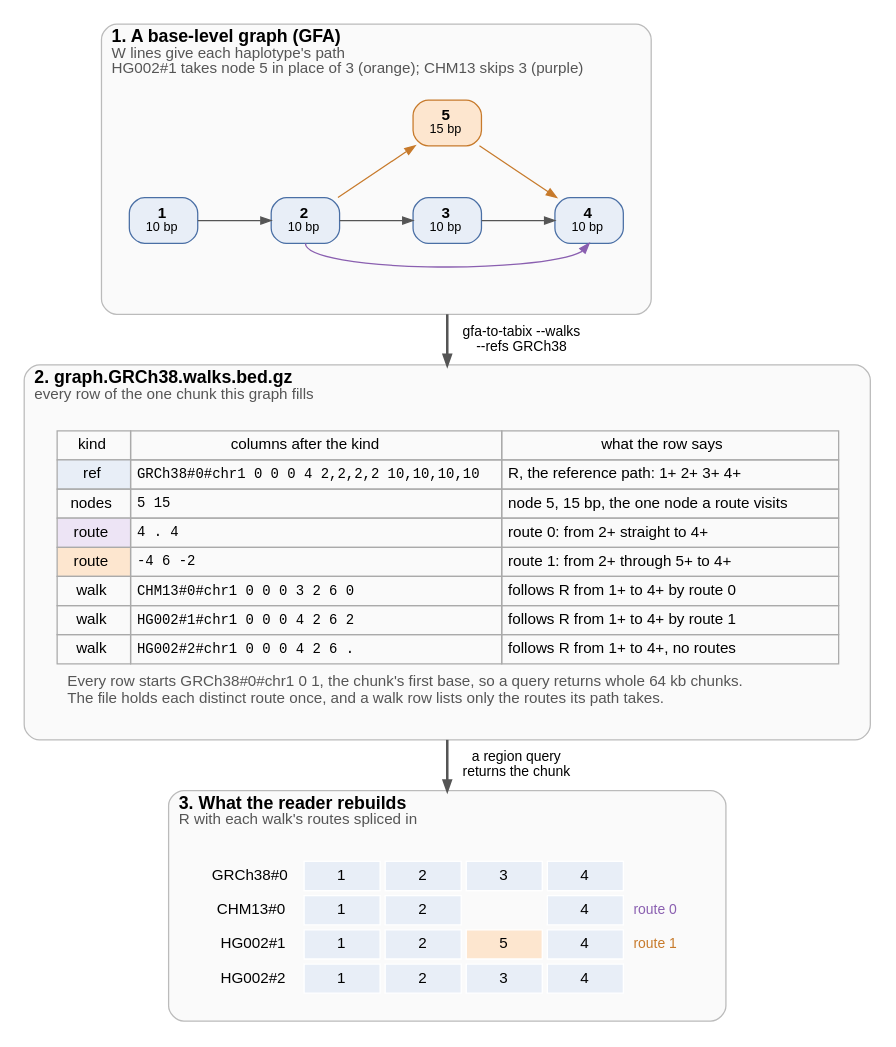
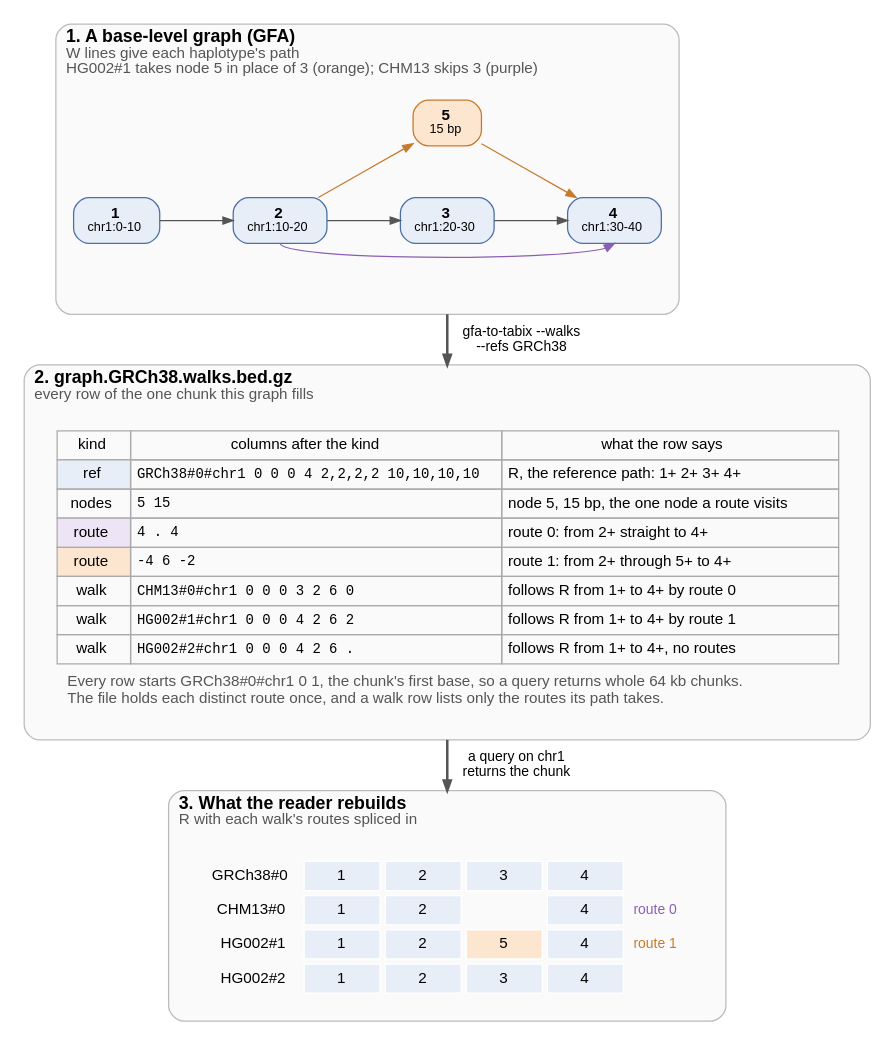
Before and after one commit to GMOD/gfa-to-tabix: the diagram in docs/figures/walks-detail.dot, drawn with Graphviz. The commit also changed 4 other files, not shown here.

```diff
--- a/docs/figures/walks-detail.dot
+++ b/docs/figures/walks-detail.dot
@@ -1,74 +1,74 @@
 // scripts/figures.py fills the marked rows from the tool's output and draws this figure
 digraph walks {
   bgcolor="white"
   fontname="Helvetica"
   newrank=true
   compound=true
   nodesep=0.4
   ranksep=0.55
   node [fontname="Helvetica", fontsize=12, shape=box, style="filled,rounded", fillcolor="#e8eef7", color="#4a6fa5", margin="0.15,0.06"]
   edge [fontname="Helvetica", fontsize=11, color="#555555", arrowsize=0.8]
 
   subgraph {
     graph [labeljust=l, fontsize=14, color="#bbbbbb", style="rounded,filled", fillcolor="#fafafa", margin=14]
 
     subgraph cluster_graph {
       label=<<B>1. A base-level graph (GFA)</B><BR ALIGN="LEFT"/><FONT POINT-SIZE="12" COLOR="#555555">W lines give each haplotype's path</FONT><BR ALIGN="LEFT"/><FONT POINT-SIZE="12" COLOR="#555555">HG002#1 takes node 5 in place of 3 (orange); CHM13 skips 3 (purple)</FONT><BR ALIGN="LEFT"/>>
       // begin graph
-      n1 [label=<<B>1</B><BR/><FONT POINT-SIZE="10">10 bp</FONT>>]
-      n2 [label=<<B>2</B><BR/><FONT POINT-SIZE="10">10 bp</FONT>>]
-      n3 [label=<<B>3</B><BR/><FONT POINT-SIZE="10">10 bp</FONT>>]
-      n4 [label=<<B>4</B><BR/><FONT POINT-SIZE="10">10 bp</FONT>>]
+      n1 [label=<<B>1</B><BR/><FONT POINT-SIZE="10">chr1:0-10</FONT>>]
+      n2 [label=<<B>2</B><BR/><FONT POINT-SIZE="10">chr1:10-20</FONT>>]
+      n3 [label=<<B>3</B><BR/><FONT POINT-SIZE="10">chr1:20-30</FONT>>]
+      n4 [label=<<B>4</B><BR/><FONT POINT-SIZE="10">chr1:30-40</FONT>>]
       n5 [label=<<B>5</B><BR/><FONT POINT-SIZE="10">15 bp</FONT>>, fillcolor="#fde6cf", color="#c77a2b"]
       {rank=same; n1; n2; n3; n4}
       n1 -> n2 [weight=20]
       n2 -> n3 [weight=20]
       n3 -> n4 [weight=20]
       n2 -> n5 [color="#c77a2b", constraint=false]
       n5 -> n4 [color="#c77a2b", constraint=false]
       n2:s -> n4:s [color="#8a5fb0", constraint=false]
       n5 -> n3 [style=invis, weight=20]
       nbelow [style=invis, label="", width=0, height=0]
       n3 -> nbelow [style=invis]
       // end graph
     }
 
     subgraph cluster_file {
       label=<<B>2. graph.GRCh38.walks.bed.gz</B><BR ALIGN="LEFT"/><FONT POINT-SIZE="12" COLOR="#555555">every row of the one chunk this graph fills</FONT><BR ALIGN="LEFT"/>>
       rows [shape=plaintext, style="", label=<
         <TABLE BORDER="0" CELLBORDER="1" CELLSPACING="0" CELLPADDING="4" COLOR="#aaaaaa">
           <TR BGCOLOR="#dddddd"><TD>kind</TD><TD>columns after the kind</TD><TD>what the row says</TD></TR>
           <!-- begin rows -->
           <TR><TD BGCOLOR="#e8eef7">ref</TD><TD ALIGN="LEFT"><FONT FACE="Courier" POINT-SIZE="11">GRCh38#0#chr1 0 0 0 4 2,2,2,2 10,10,10,10</FONT></TD><TD ALIGN="LEFT">R, the reference path: 1+ 2+ 3+ 4+</TD></TR>
           <TR><TD>nodes</TD><TD ALIGN="LEFT"><FONT FACE="Courier" POINT-SIZE="11">5 15</FONT></TD><TD ALIGN="LEFT">node 5, 15 bp, the one node a route visits</TD></TR>
           <TR><TD BGCOLOR="#ede4f5">route</TD><TD ALIGN="LEFT"><FONT FACE="Courier" POINT-SIZE="11">4 . 4</FONT></TD><TD ALIGN="LEFT">route 0: from 2+ straight to 4+</TD></TR>
           <TR><TD BGCOLOR="#fde6cf">route</TD><TD ALIGN="LEFT"><FONT FACE="Courier" POINT-SIZE="11">-4 6 -2</FONT></TD><TD ALIGN="LEFT">route 1: from 2+ through 5+ to 4+</TD></TR>
           <TR><TD>walk</TD><TD ALIGN="LEFT"><FONT FACE="Courier" POINT-SIZE="11">CHM13#0#chr1 0 0 0 3 2 6 0</FONT></TD><TD ALIGN="LEFT">follows R from 1+ to 4+ by route 0</TD></TR>
           <TR><TD>walk</TD><TD ALIGN="LEFT"><FONT FACE="Courier" POINT-SIZE="11">HG002#1#chr1 0 0 0 4 2 6 2</FONT></TD><TD ALIGN="LEFT">follows R from 1+ to 4+ by route 1</TD></TR>
           <TR><TD>walk</TD><TD ALIGN="LEFT"><FONT FACE="Courier" POINT-SIZE="11">HG002#2#chr1 0 0 0 4 2 6 .</FONT></TD><TD ALIGN="LEFT">follows R from 1+ to 4+, no routes</TD></TR>
           <!-- end rows -->
           <!-- begin caption -->
           <TR><TD BORDER="0" CELLPADDING="8" COLSPAN="3" ALIGN="LEFT" BALIGN="LEFT"><FONT POINT-SIZE="12" COLOR="#555555">Every row starts GRCh38#0#chr1 0 1, the chunk's first base, so a query returns whole 64 kb chunks.<BR/>The file holds each distinct route once, and a walk row lists only the routes its path takes.</FONT></TD></TR>
           <!-- end caption -->
         </TABLE>>]
     }
 
     subgraph cluster_rebuilt {
       label=<<B>3. What the reader rebuilds</B><BR ALIGN="LEFT"/><FONT POINT-SIZE="12" COLOR="#555555">R with each walk's routes spliced in</FONT><BR ALIGN="LEFT"/>>
       rebuilt [shape=plaintext, style="", label=<
         <TABLE BORDER="0" CELLBORDER="1" CELLSPACING="4" CELLPADDING="4" COLOR="#ffffff">
           <!-- begin rebuilt -->
           <TR><TD BORDER="0" ALIGN="RIGHT">GRCh38#0</TD><TD WIDTH="60" BGCOLOR="#e8eef7">1</TD><TD WIDTH="60" BGCOLOR="#e8eef7">2</TD><TD WIDTH="60" BGCOLOR="#e8eef7">3</TD><TD WIDTH="60" BGCOLOR="#e8eef7">4</TD><TD BORDER="0" ALIGN="LEFT"></TD></TR>
           <TR><TD BORDER="0" ALIGN="RIGHT">CHM13#0</TD><TD BGCOLOR="#e8eef7">1</TD><TD BGCOLOR="#e8eef7">2</TD><TD BORDER="0"></TD><TD BGCOLOR="#e8eef7">4</TD><TD BORDER="0" ALIGN="LEFT"><FONT POINT-SIZE="11" COLOR="#8a5fb0">route 0</FONT></TD></TR>
           <TR><TD BORDER="0" ALIGN="RIGHT">HG002#1</TD><TD BGCOLOR="#e8eef7">1</TD><TD BGCOLOR="#e8eef7">2</TD><TD BGCOLOR="#fde6cf">5</TD><TD BGCOLOR="#e8eef7">4</TD><TD BORDER="0" ALIGN="LEFT"><FONT POINT-SIZE="11" COLOR="#c77a2b">route 1</FONT></TD></TR>
           <TR><TD BORDER="0" ALIGN="RIGHT">HG002#2</TD><TD BGCOLOR="#e8eef7">1</TD><TD BGCOLOR="#e8eef7">2</TD><TD BGCOLOR="#e8eef7">3</TD><TD BGCOLOR="#e8eef7">4</TD><TD BORDER="0" ALIGN="LEFT"></TD></TR>
           <!-- end rebuilt -->
         </TABLE>>]
     }
   }
 
   // begin arrows
   nbelow -> rows [ltail=cluster_graph, lhead=cluster_file, label="  gfa-to-tabix --walks\n  --refs GRCh38", penwidth=2]
-  rows -> rebuilt [ltail=cluster_file, lhead=cluster_rebuilt, label="  a region query\n  returns the chunk", penwidth=2]
+  rows -> rebuilt [ltail=cluster_file, lhead=cluster_rebuilt, label="  a query on chr1\n  returns the chunk", penwidth=2]
   // end arrows
 }
```
